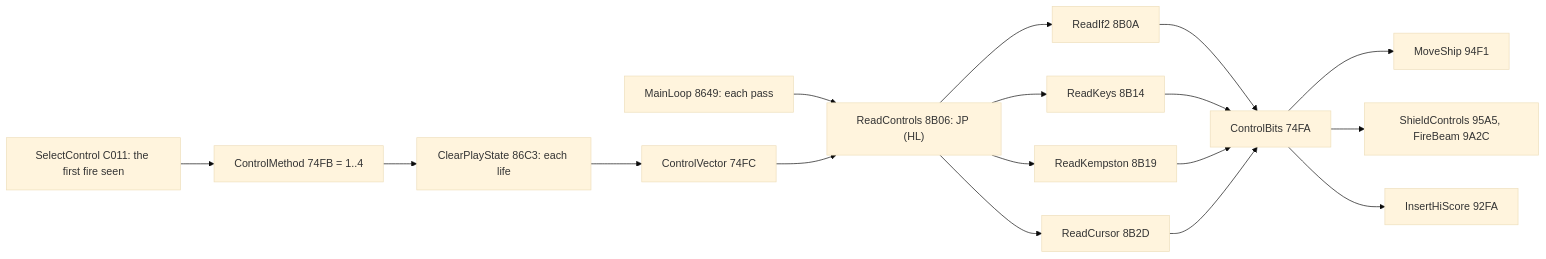
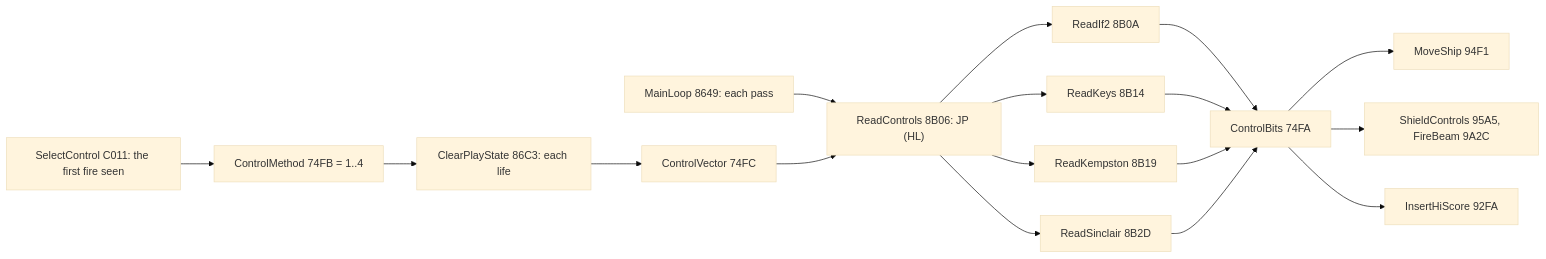
One commit to alfishe/unrealng-reverse-cases changed the first of 9 diagrams in games/r-type/docs/05-controls.md. Above: the diagram before and after it, drawn with Mermaid (base theme). The commit also changed other lines of this file and 81 other files, not shown here.

````diff
--- a/games/r-type/docs/05-controls.md
+++ b/games/r-type/docs/05-controls.md
@@ -114,19 +114,19 @@
 ```mermaid
 flowchart LR
     Choice["SelectControl C011: the first fire seen"] --> Method["ControlMethod 74FB = 1..4"]
     Method --> Clear["ClearPlayState 86C3: each life"]
     Clear --> Vector["ControlVector 74FC"]
     Pass["MainLoop 8649: each pass"] --> Read["ReadControls 8B06: JP (HL)"]
     Vector --> Read
     Read --> If2["ReadIf2 8B0A"]
     Read --> Keys["ReadKeys 8B14"]
     Read --> Kemp["ReadKempston 8B19"]
-    Read --> Sinc["ReadCursor 8B2D"]
+    Read --> Sinc["ReadSinclair 8B2D"]
     If2 --> Bits["ControlBits 74FA"]
     Keys --> Bits
     Kemp --> Bits
     Sinc --> Bits
     Bits --> Ship["MoveShip 94F1"]
     Bits --> Fire["ShieldControls 95A5, FireBeam 9A2C"]
     Bits --> Name["InsertHiScore 92FA"]
 ```
````
